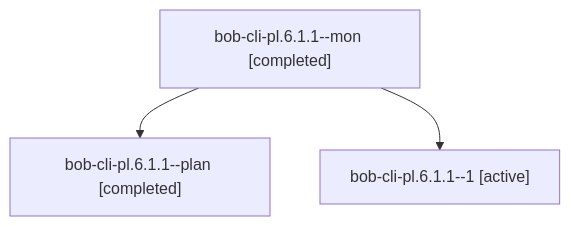
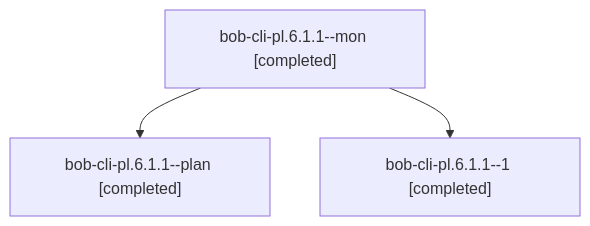
One commit to bobs-org/bob-cli--agents changed the diagram in sessions/bbugyi200.apollo.bob-cli-pl.6.1.1.md. Above: the diagram before and after it, drawn with Mermaid. The commit also changed other lines of this file and 70 other files, not shown here.

````diff
--- a/sessions/bbugyi200.apollo.bob-cli-pl.6.1.1.md
+++ b/sessions/bbugyi200.apollo.bob-cli-pl.6.1.1.md
@@ -9,8 +9,8 @@
 ```mermaid
 flowchart TD
   n0["bob-cli-pl.6.1.1--mon [completed]"]
   n1["bob-cli-pl.6.1.1--plan [completed]"]
   n0 --> n1
-  n2["bob-cli-pl.6.1.1--1 [active]"]
+  n2["bob-cli-pl.6.1.1--1 [completed]"]
   n0 --> n2
 ```
````
